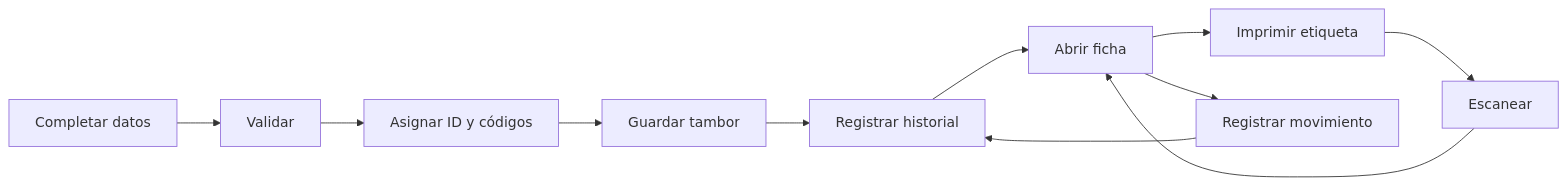
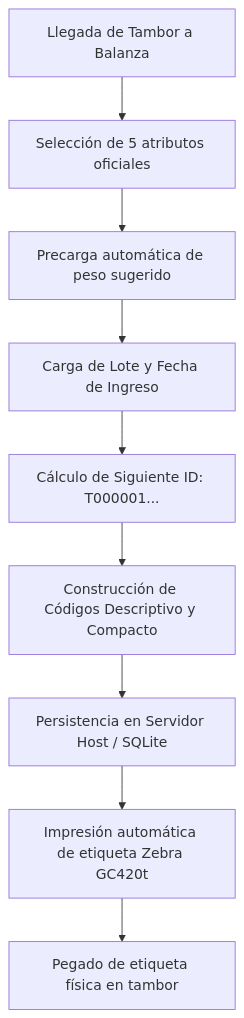
Before and after one commit to LopezJairo/olivicola-lujan-trazabilidad: the first of 2 diagrams in docs/obsidian/03 - Flujos y reglas del negocio.md, drawn with Mermaid. The commit also changed other lines of this file and 14 other files, not shown here.

````diff
--- a/docs/obsidian/03 - Flujos y reglas del negocio.md
+++ b/docs/obsidian/03 - Flujos y reglas del negocio.md
@@ -17,13 +19,11 @@
 ```mermaid
-flowchart LR
-    A[Completar datos] --> B[Validar]
-    B --> C[Asignar ID y códigos]
-    C --> D[Guardar tambor]
-    D --> E[Registrar historial]
-    E --> F[Abrir ficha]
-    F --> G[Imprimir etiqueta]
-    G --> H[Escanear]
-    H --> F
-    F --> I[Registrar movimiento]
-    I --> E
+flowchart TD
+    A[Llegada de Tambor a Balanza] --> B[Selección de 5 atributos oficiales]
+    B --> C[Precarga automática de peso sugerido]
+    C --> D[Carga de Lote y Fecha de Ingreso]
+    D --> E[Cálculo de Siguiente ID: T000001...]
+    E --> F[Construcción de Códigos Descriptivo y Compacto]
+    F --> G[Persistencia en Servidor Host / SQLite]
+    G --> H[Impresión automática de etiqueta Zebra GC420t]
+    H --> I[Pegado de etiqueta física en tambor]
 ```
````
